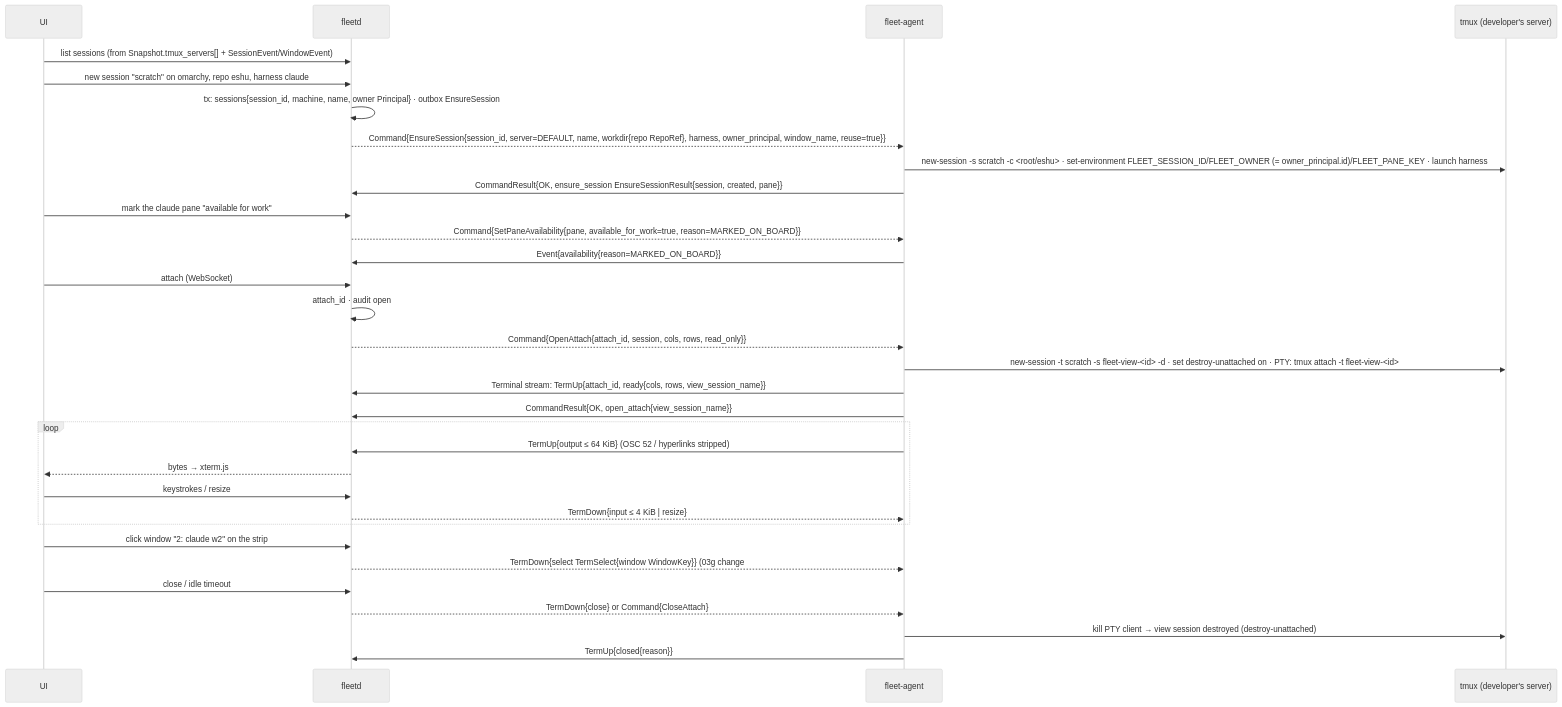
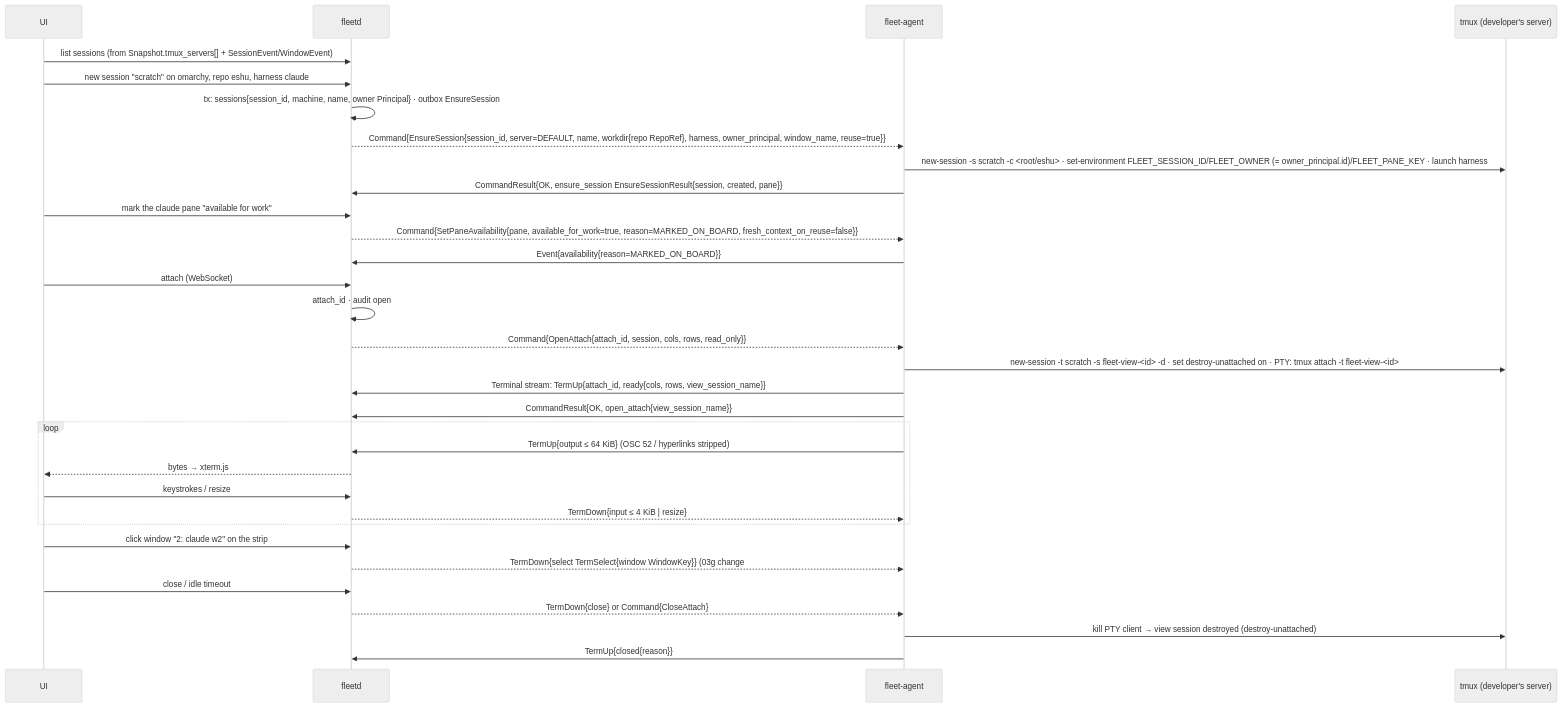
The third of 5 diagrams in docs/specs/03d-triage-sessions-logs.md (linuxdynasty/fleet-board), drawn with Mermaid (neutral theme) before and after one commit. The commit also changed other lines of this file and 74 other files, not shown here.

````diff
--- a/docs/specs/03d-triage-sessions-logs.md
+++ b/docs/specs/03d-triage-sessions-logs.md
@@ -154,34 +156,34 @@
 ```mermaid
 sequenceDiagram
   participant U as UI
   participant H as fleetd
   participant A as fleet-agent
   participant T as tmux (developer's server)
   U->>H: list sessions (from Snapshot.tmux_servers[] + SessionEvent/WindowEvent)
   U->>H: new session "scratch" on omarchy, repo eshu, harness claude
   H->>H: tx: sessions{session_id, machine, name, owner Principal} · outbox EnsureSession
   H-->>A: Command{EnsureSession{session_id, server=DEFAULT, name, workdir{repo RepoRef}, harness, owner_principal, window_name, reuse=true}}
   A->>T: new-session -s scratch -c <root/eshu> · set-environment FLEET_SESSION_ID/FLEET_OWNER (= owner_principal.id)/FLEET_PANE_KEY · launch harness
   A->>H: CommandResult{OK, ensure_session EnsureSessionResult{session, created, pane}}
   U->>H: mark the claude pane "available for work"
-  H-->>A: Command{SetPaneAvailability{pane, available_for_work=true, reason=MARKED_ON_BOARD}}
+  H-->>A: Command{SetPaneAvailability{pane, available_for_work=true, reason=MARKED_ON_BOARD, fresh_context_on_reuse=false}}
   A->>H: Event{availability{reason=MARKED_ON_BOARD}}
   U->>H: attach (WebSocket)
   H->>H: attach_id · audit open
   H-->>A: Command{OpenAttach{attach_id, session, cols, rows, read_only}}
   A->>T: new-session -t scratch -s fleet-view-<id> -d · set destroy-unattached on · PTY: tmux attach -t fleet-view-<id>
   A->>H: Terminal stream: TermUp{attach_id, ready{cols, rows, view_session_name}}
   A->>H: CommandResult{OK, open_attach{view_session_name}}
   loop
     A->>H: TermUp{output ≤ 64 KiB} (OSC 52 / hyperlinks stripped)
     H-->>U: bytes → xterm.js
     U->>H: keystrokes / resize
     H-->>A: TermDown{input ≤ 4 KiB | resize}
   end
   U->>H: click window "2: claude w2" on the strip
   H-->>A: TermDown{select TermSelect{window WindowKey}} (03g change #2, applied)
   U->>H: close / idle timeout
   H-->>A: TermDown{close} or Command{CloseAttach}
   A->>T: kill PTY client → view session destroyed (destroy-unattached)
   A->>H: TermUp{closed{reason}}
 ```
````
